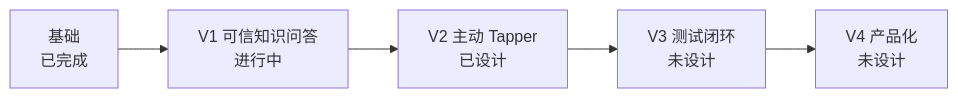
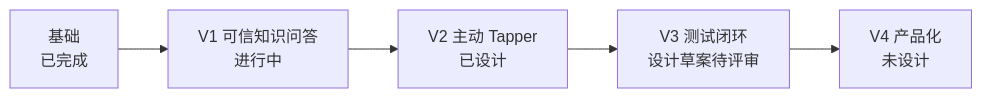
Before and after one commit to patrickstarpty/tap: the diagram in docs/superpowers/plans/2026-10-01-product-roadmap.md, drawn with Mermaid. The commit also changed other lines of this file and 2 other files, not shown here.

````diff
--- a/docs/superpowers/plans/2026-10-01-product-roadmap.md
+++ b/docs/superpowers/plans/2026-10-01-product-roadmap.md
@@ -18,7 +18,7 @@
 ```mermaid
 flowchart LR
   B[基础<br/>已完成] --> V1[V1 可信知识问答<br/>进行中]
   V1 --> V2[V2 主动 Tapper<br/>已设计]
-  V2 --> V3[V3 测试闭环<br/>未设计]
+  V2 --> V3[V3 测试闭环<br/>设计草案待评审]
   V3 --> V4[V4 产品化<br/>未设计]
 ```
````
